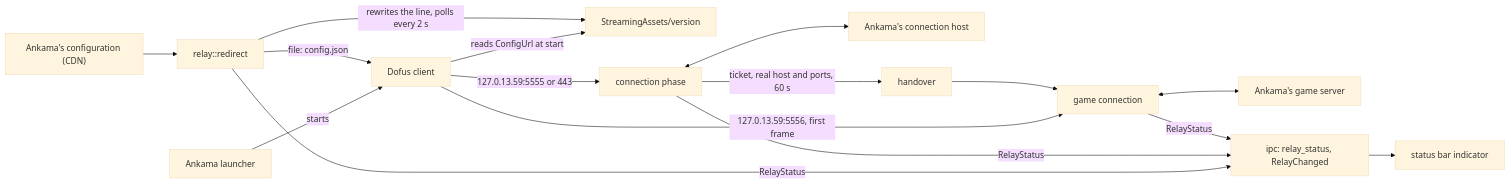
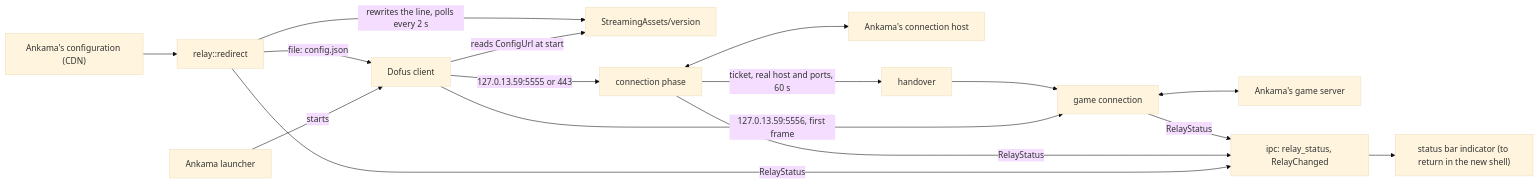
The diagram in docs/relay.md (AerafalDev/D3B), drawn with Mermaid (base theme) before and after one commit. The commit also changed other lines of this file and 6 other files, not shown here.

````diff
--- a/docs/relay.md
+++ b/docs/relay.md
@@ -8,15 +8,15 @@
 ```mermaid
 flowchart LR
     launcher["Ankama launcher"] -->|starts| client["Dofus client"]
     client -->|reads ConfigUrl at start| version["StreamingAssets/version"]
     redirect["relay::redirect"] -->|"rewrites the line, polls every 2 s"| version
     cdn["Ankama's configuration (CDN)"] --> redirect
     redirect -->|"file: config.json"| client
     client -->|"127.0.13.59:5555 or 443"| phase["connection phase"]
     phase <--> host["Ankama's connection host"]
     phase -->|"ticket, real host and ports, 60 s"| handover["handover"]
     client -->|"127.0.13.59:5556, first frame"| game["game connection"]
     handover --> game
     game <--> server["Ankama's game server"]
-    redirect & phase & game -->|RelayStatus| ipc["ipc: relay_status, RelayChanged"] --> bar["status bar indicator"]
+    redirect & phase & game -->|RelayStatus| ipc["ipc: relay_status, RelayChanged"] --> bar["status bar indicator (to return in the new shell)"]
 ```
````
